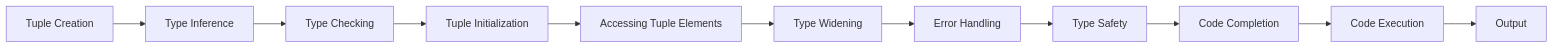
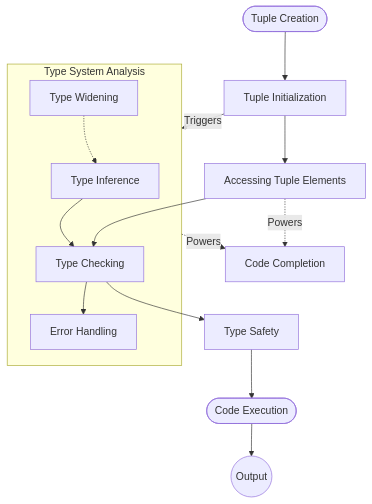
The diagram in docs/notes/typescript/1_Type_System_Basics/Tuples_string_number_Labeled_Tuples_Optional_Elements.md (baaghinitesh/dailly-notes), drawn with Mermaid before and after one commit.

Commit message:
Revise TypeScript tuples diagram for better understanding
Updated the visual diagram for tuple mechanics in TypeScript to enhance clarity and detail.

````diff
--- a/docs/notes/typescript/1_Type_System_Basics/Tuples_string_number_Labeled_Tuples_Optional_Elements.md
+++ b/docs/notes/typescript/1_Type_System_Basics/Tuples_string_number_Labeled_Tuples_Optional_Elements.md
@@ -89,13 +89,26 @@
 ```mermaid
-graph LR
-    A[Tuple Creation] --> B[Type Inference]
-    B --> C[Type Checking]
-    C --> D[Tuple Initialization]
-    D --> E[Accessing Tuple Elements]
-    E --> F[Type Widening]
-    F --> G[Error Handling]
-    G --> H[Type Safety]
-    H --> I[Code Completion]
-    I --> J[Code Execution]
-    J --> K[Output]
+graph TD
+    %% Start: Actions and Initial state
+    A([Tuple Creation]) --> B[Tuple Initialization]
+    B -->|Triggers| C[Type System Analysis]
+    
+    %% Type System subgraph (Analysis Phase)
+    subgraph C [Type System Analysis]
+        D[Type Inference] --> E[Type Checking]
+        E --> F[Error Handling]
+        G[Type Widening] -.-> D
+    end
+    
+    %% Usage branch
+    B --> H[Accessing Tuple Elements]
+    H --> E
+    
+    %% Benefits subgraph (powered by analysis/usage)
+    E --> I[Type Safety]
+    C -.->|Powers| J[Code Completion]
+    H -.->|Powers| J
+
+    %% End state branch (Runtime Phase)
+    I --> K([Code Execution])
+    K --> L((Output))
 ```
````
